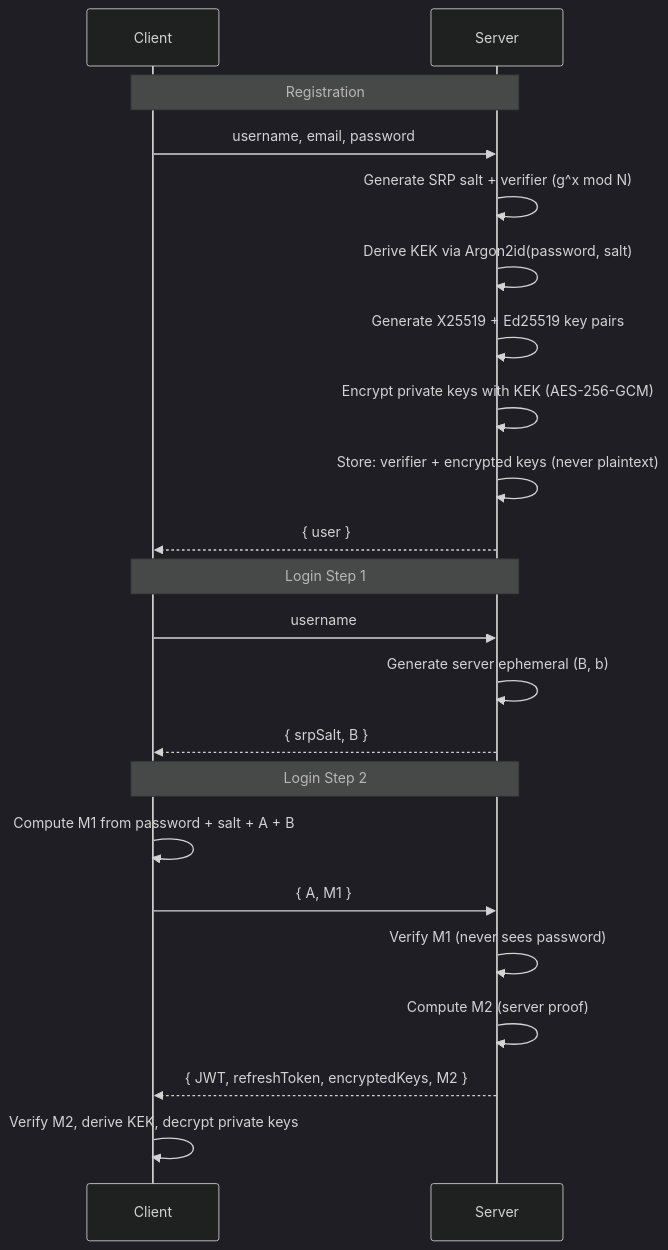
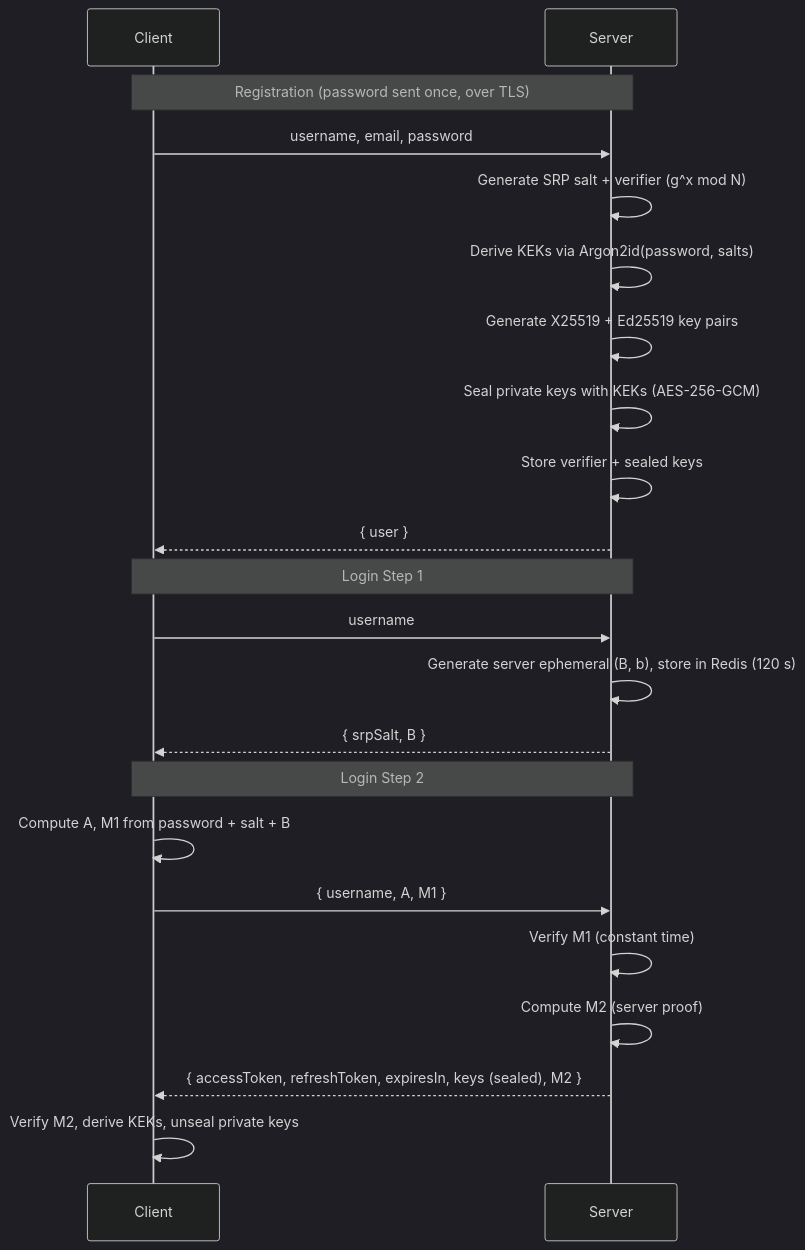
The first of 7 diagrams in README.md (BazilSuhail/ZEVRA-Server), drawn with Mermaid (dark theme) before and after one commit. The commit also changed other lines of this file and 125 other files, not shown here.

First line of the commit message:
feat: harden API, realtime and Redis; fix reactions, rooms and keys

````diff
--- a/README.md
+++ b/README.md
@@ -73,27 +76,27 @@
 ```mermaid
 sequenceDiagram
     participant C as Client
     participant S as Server
 
-    Note over C,S: Registration
+    Note over C,S: Registration (password sent once, over TLS)
     C->>S: username, email, password
     S->>S: Generate SRP salt + verifier (g^x mod N)
-    S->>S: Derive KEK via Argon2id(password, salt)
+    S->>S: Derive KEKs via Argon2id(password, salts)
     S->>S: Generate X25519 + Ed25519 key pairs
-    S->>S: Encrypt private keys with KEK (AES-256-GCM)
-    S->>S: Store: verifier + encrypted keys (never plaintext)
+    S->>S: Seal private keys with KEKs (AES-256-GCM)
+    S->>S: Store verifier + sealed keys
     S-->>C: { user }
 
     Note over C,S: Login Step 1
     C->>S: username
-    S->>S: Generate server ephemeral (B, b)
+    S->>S: Generate server ephemeral (B, b), store in Redis (120 s)
     S-->>C: { srpSalt, B }
 
     Note over C,S: Login Step 2
-    C->>C: Compute M1 from password + salt + A + B
-    C->>S: { A, M1 }
-    S->>S: Verify M1 (never sees password)
+    C->>C: Compute A, M1 from password + salt + B
+    C->>S: { username, A, M1 }
+    S->>S: Verify M1 (constant time)
     S->>S: Compute M2 (server proof)
-    S-->>C: { JWT, refreshToken, encryptedKeys, M2 }
-    C->>C: Verify M2, derive KEK, decrypt private keys
+    S-->>C: { accessToken, refreshToken, expiresIn, keys (sealed), M2 }
+    C->>C: Verify M2, derive KEKs, unseal private keys
 ```
````
